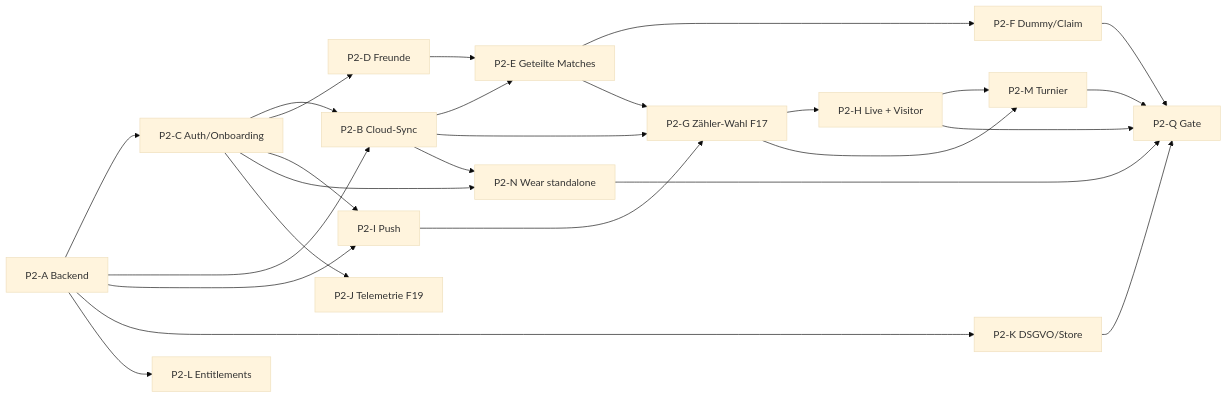
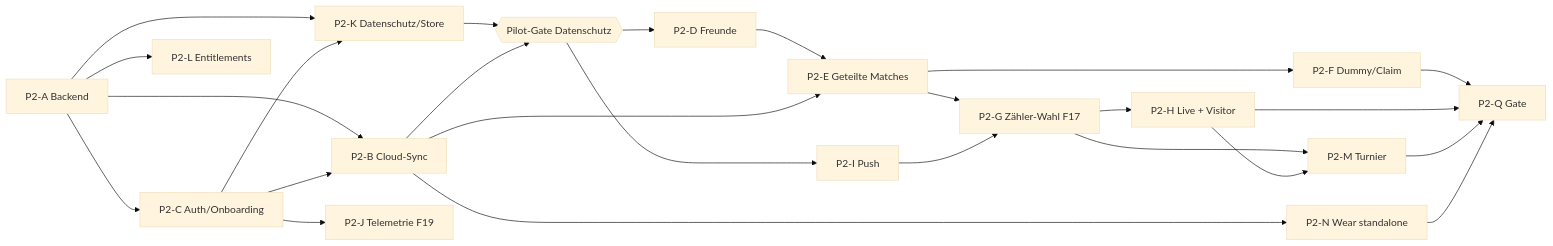
Before and after one commit to thealextd1337-spec/racketone: the diagram in docs/p2-plan.md, drawn with Mermaid (base theme). The commit also changed other lines of this file and 3 other files, not shown here.

````diff
--- a/docs/p2-plan.md
+++ b/docs/p2-plan.md
@@ -97,24 +97,24 @@
 ```mermaid
 graph LR
   A[P2-A Backend] --> C[P2-C Auth/Onboarding]
   A --> B[P2-B Cloud-Sync]
   C --> B
-  C --> D[P2-D Freunde]
-  A --> I[P2-I Push]
-  C --> I
-  B --> E[P2-E Geteilte Matches]
-  D --> E
+  A --> K[P2-K Datenschutz/Store]
+  C --> K
+  K --> PG{{Pilot-Gate Datenschutz}}
+  B --> PG
+  PG --> D[P2-D Freunde]
+  PG --> I[P2-I Push]
+  D --> E[P2-E Geteilte Matches]
+  B --> E
   E --> F[P2-F Dummy/Claim]
-  B --> G[P2-G Zähler-Wahl F17]
-  E --> G
+  E --> G[P2-G Zähler-Wahl F17]
   I --> G
   G --> H[P2-H Live + Visitor]
   B --> N[P2-N Wear standalone]
-  C --> N
   C --> J[P2-J Telemetrie F19]
-  A --> K[P2-K DSGVO/Store]
   A --> L[P2-L Entitlements]
   G --> M[P2-M Turnier]
   H --> M
-  F & H & K & M & N --> Q[P2-Q Gate]
+  F & H & M & N --> Q[P2-Q Gate]
 ```
````
